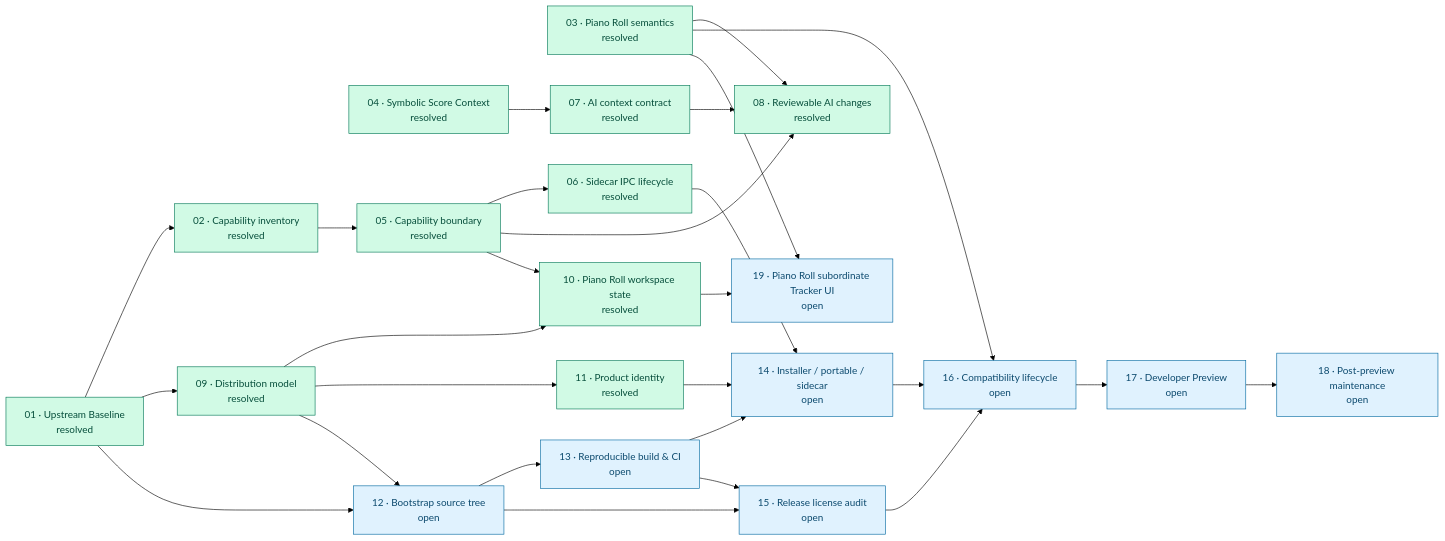
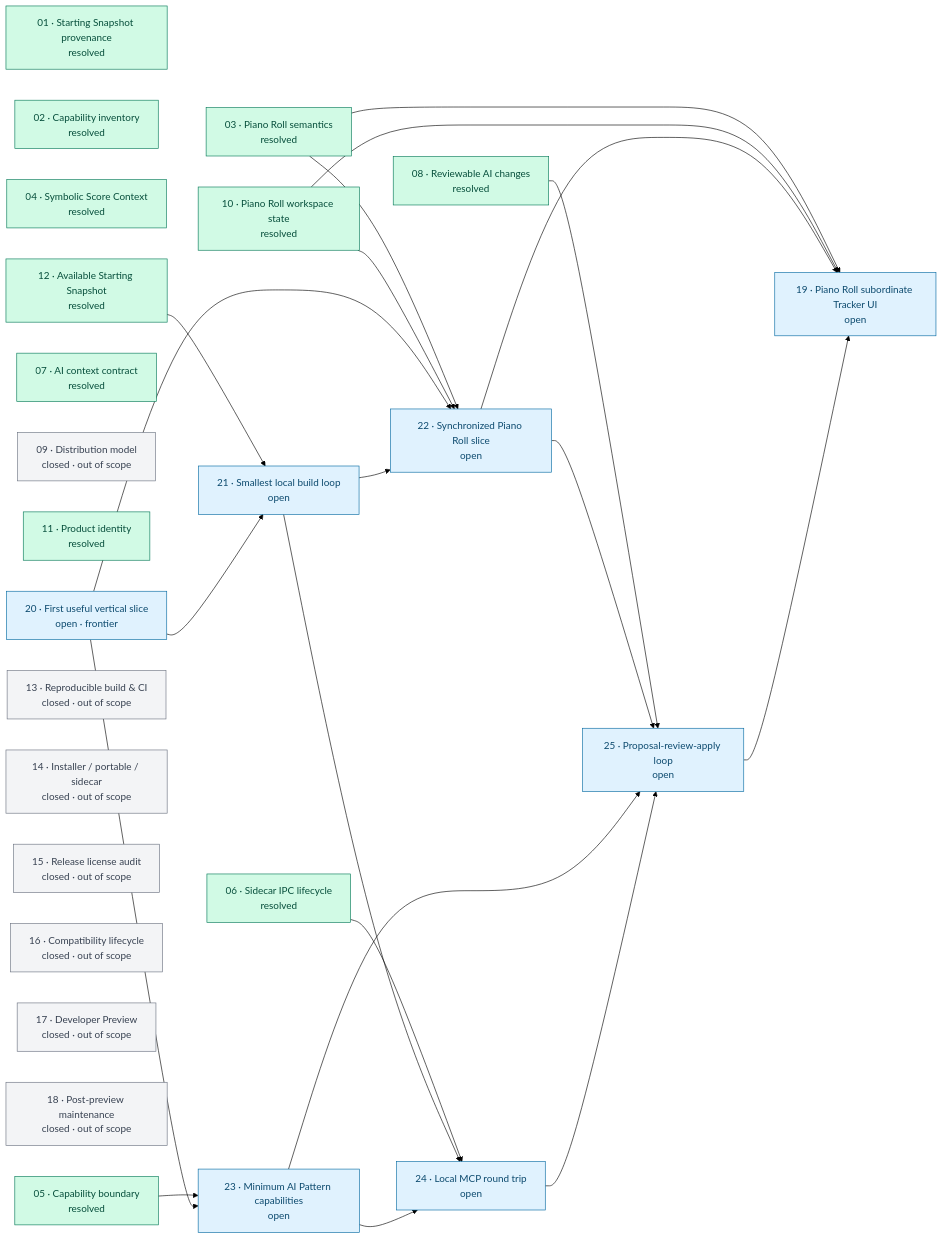
Before and after one commit to TouHousand-Years/AI-MPT: the diagram in blocking-relationships.md, drawn with Mermaid (forest theme). The commit also changed other lines of this file and 26 other files, not shown here.

Commit message:
重新规划后半地图

````diff
--- a/blocking-relationships.md
+++ b/blocking-relationships.md
@@ -5,54 +5,55 @@
 ```mermaid
 flowchart LR
-    I01["01 · Upstream Baseline<br/>resolved"]
+    I01["01 · Starting Snapshot provenance<br/>resolved"]
     I02["02 · Capability inventory<br/>resolved"]
     I03["03 · Piano Roll semantics<br/>resolved"]
     I04["04 · Symbolic Score Context<br/>resolved"]
     I05["05 · Capability boundary<br/>resolved"]
     I06["06 · Sidecar IPC lifecycle<br/>resolved"]
     I07["07 · AI context contract<br/>resolved"]
     I08["08 · Reviewable AI changes<br/>resolved"]
-    I09["09 · Distribution model<br/>resolved"]
+    I09["09 · Distribution model<br/>closed · out of scope"]
     I10["10 · Piano Roll workspace state<br/>resolved"]
     I11["11 · Product identity<br/>resolved"]
-    I12["12 · Bootstrap source tree<br/>open"]
-    I13["13 · Reproducible build & CI<br/>open"]
-    I14["14 · Installer / portable / sidecar<br/>open"]
-    I15["15 · Release license audit<br/>open"]
-    I16["16 · Compatibility lifecycle<br/>open"]
-    I17["17 · Developer Preview<br/>open"]
-    I18["18 · Post-preview maintenance<br/>open"]
+    I12["12 · Available Starting Snapshot<br/>resolved"]
+    I13["13 · Reproducible build & CI<br/>closed · out of scope"]
+    I14["14 · Installer / portable / sidecar<br/>closed · out of scope"]
+    I15["15 · Release license audit<br/>closed · out of scope"]
+    I16["16 · Compatibility lifecycle<br/>closed · out of scope"]
+    I17["17 · Developer Preview<br/>closed · out of scope"]
+    I18["18 · Post-preview maintenance<br/>closed · out of scope"]
     I19["19 · Piano Roll subordinate Tracker UI<br/>open"]
+    I20["20 · First useful vertical slice<br/>open · frontier"]
+    I21["21 · Smallest local build loop<br/>open"]
+    I22["22 · Synchronized Piano Roll slice<br/>open"]
+    I23["23 · Minimum AI Pattern capabilities<br/>open"]
+    I24["24 · Local MCP round trip<br/>open"]
+    I25["25 · Proposal-review-apply loop<br/>open"]
 
-    I01 --> I02
-    I01 --> I09
-    I02 --> I05
-    I05 --> I06
-    I05 --> I08
-    I03 --> I08
-    I04 --> I07
-    I07 --> I08
-    I05 --> I10
-    I09 --> I10
-    I09 --> I11
-    I01 --> I12
-    I09 --> I12
-    I12 --> I13
-    I06 --> I14
-    I11 --> I14
-    I13 --> I14
-    I12 --> I15
-    I13 --> I15
-    I03 --> I16
-    I14 --> I16
-    I15 --> I16
-    I16 --> I17
-    I17 --> I18
+    I12 --> I21
+    I20 --> I21
+    I03 --> I22
+    I10 --> I22
+    I20 --> I22
+    I21 --> I22
+    I05 --> I23
+    I20 --> I23
+    I06 --> I24
+    I21 --> I24
+    I23 --> I24
+    I08 --> I25
+    I22 --> I25
+    I23 --> I25
+    I24 --> I25
     I03 --> I19
     I10 --> I19
+    I22 --> I19
+    I25 --> I19
 
     classDef resolved fill:#d1fae5,stroke:#047857,color:#064e3b
     classDef open fill:#e0f2fe,stroke:#0369a1,color:#0c4a6e
-    class I01,I02,I03,I04,I05,I06,I07,I08,I09,I10,I11 resolved
-    class I12,I13,I14,I15,I16,I17,I18,I19 open
+    classDef outscope fill:#f3f4f6,stroke:#6b7280,color:#374151
+    class I01,I02,I03,I04,I05,I06,I07,I08,I10,I11,I12 resolved
+    class I19,I20,I21,I22,I23,I24,I25 open
+    class I09,I13,I14,I15,I16,I17,I18 outscope
 ```
````
